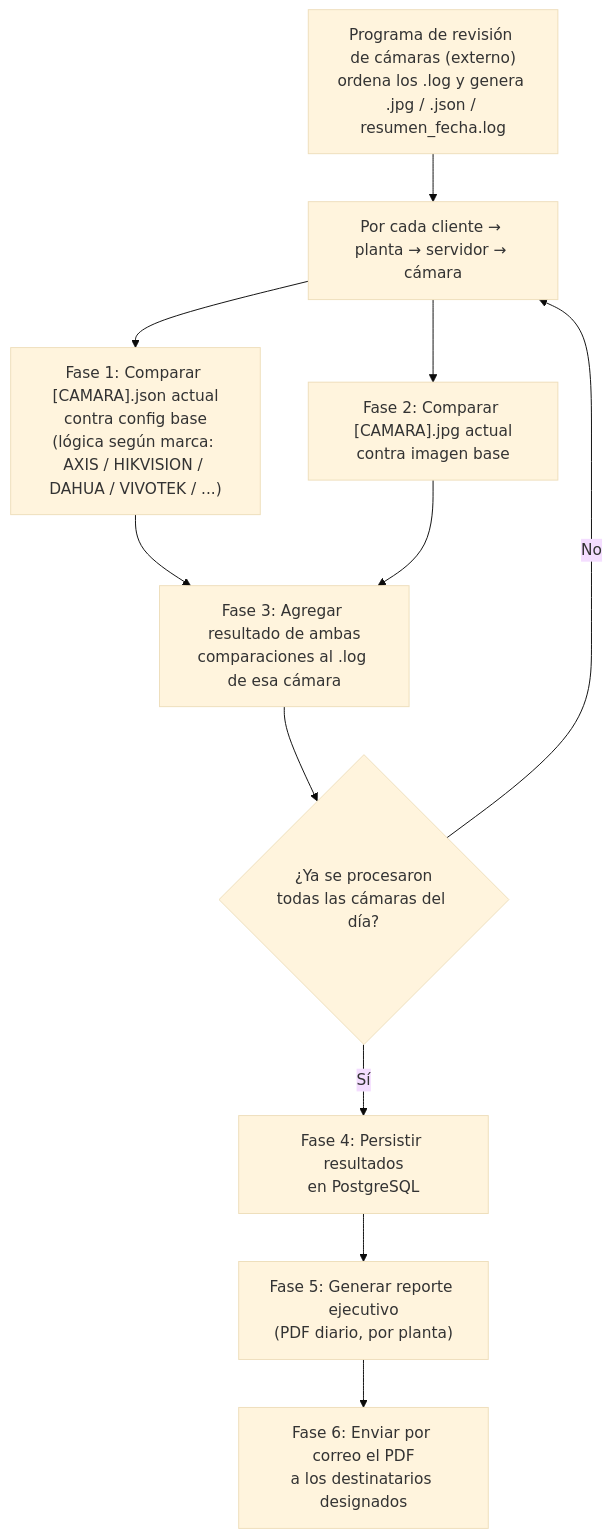
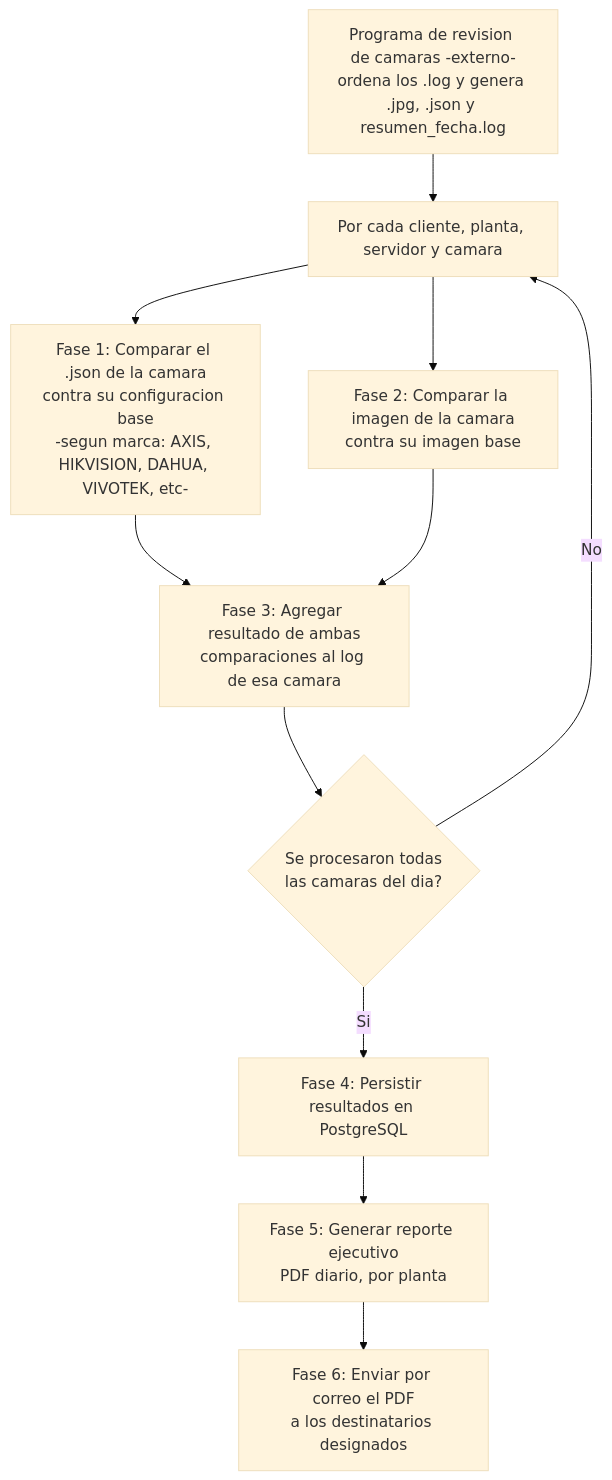
One commit to imedina27/plant_report changed the diagram in ROADMAP.md. Above: the diagram before and after it, drawn with Mermaid (base theme).

Commit message:
Simplify flow diagram labels for wider Mermaid compatibility
Removed literal brackets like [CAMARA] and accented/unicode characters
(→, ¿, í) from node labels, and switched edge labels to the |label|
syntax - these are more likely to trip up the Mermaid version bundled
with some renderers (e.g. VS Code's markdown-mermaid extension), which
was rendering the diagram as a blank box.

````diff
--- a/ROADMAP.md
+++ b/ROADMAP.md
@@ -85,18 +85,18 @@
 ```mermaid
 flowchart TD
-    A["Programa de revisión de cámaras (externo)<br/>ordena los .log y genera .jpg / .json / resumen_fecha.log"]
-    A --> B["Por cada cliente → planta → servidor → cámara"]
+    A["Programa de revision de camaras -externo-<br/>ordena los .log y genera .jpg, .json y resumen_fecha.log"]
+    A --> B["Por cada cliente, planta, servidor y camara"]
 
-    B --> C["Fase 1: Comparar [CAMARA].json actual<br/>contra config base<br/>(lógica según marca: AXIS / HIKVISION / DAHUA / VIVOTEK / ...)"]
-    B --> D["Fase 2: Comparar [CAMARA].jpg actual<br/>contra imagen base"]
+    B --> C["Fase 1: Comparar el .json de la camara<br/>contra su configuracion base<br/>-segun marca: AXIS, HIKVISION, DAHUA, VIVOTEK, etc-"]
+    B --> D["Fase 2: Comparar la imagen de la camara<br/>contra su imagen base"]
 
-    C --> E["Fase 3: Agregar resultado de ambas<br/>comparaciones al .log de esa cámara"]
+    C --> E["Fase 3: Agregar resultado de ambas<br/>comparaciones al log de esa camara"]
     D --> E
 
-    E --> F{"¿Ya se procesaron<br/>todas las cámaras del día?"}
-    F -- No --> B
-    F -- Sí --> G["Fase 4: Persistir resultados<br/>en PostgreSQL"]
+    E --> F{"Se procesaron todas<br/>las camaras del dia?"}
+    F -->|No| B
+    F -->|Si| G["Fase 4: Persistir resultados en PostgreSQL"]
 
-    G --> H["Fase 5: Generar reporte ejecutivo<br/>(PDF diario, por planta)"]
+    G --> H["Fase 5: Generar reporte ejecutivo<br/>PDF diario, por planta"]
     H --> I["Fase 6: Enviar por correo el PDF<br/>a los destinatarios designados"]
 ```
````
